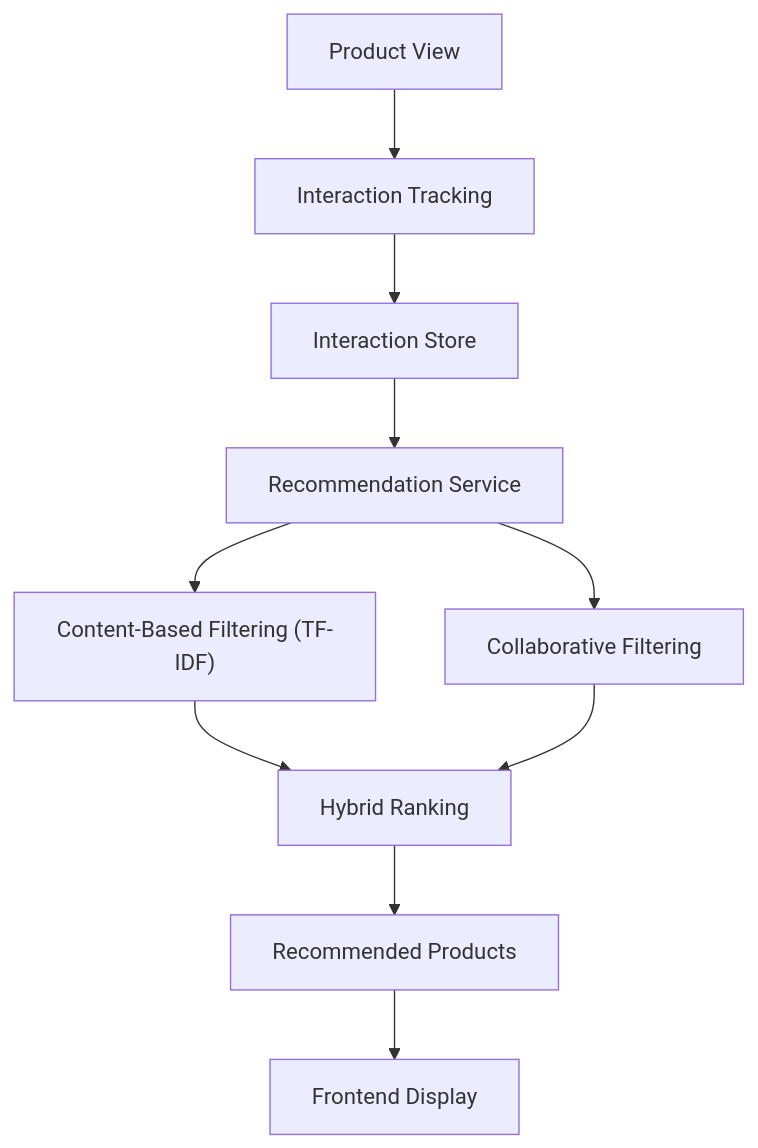
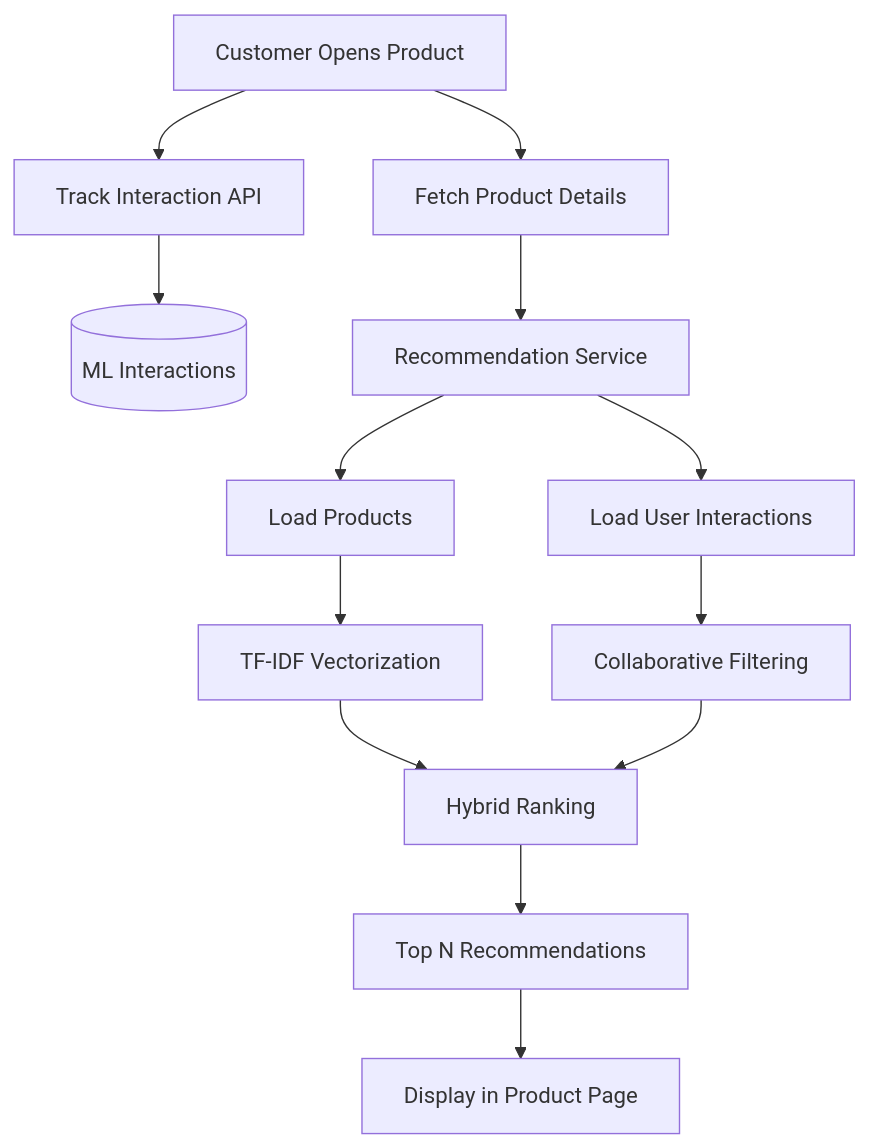
Before and after one commit to dishi575/shaukin-garments: the fifth of 5 diagrams in docs/architecture.md, drawn with Mermaid.

````diff
--- a/docs/architecture.md
+++ b/docs/architecture.md
@@ -289,23 +289,29 @@
 ```mermaid
 flowchart TD
 
-A["Product View"]
+A["Customer Opens Product"]
 
---> B["Interaction Tracking"]
+--> B["Track Interaction API"]
 
-B --> C["Interaction Store"]
+B --> C[("ML Interactions")]
 
-C --> D["Recommendation Service"]
+A --> D["Fetch Product Details"]
 
-D --> E["Content-Based Filtering (TF-IDF)"]
+D --> E["Recommendation Service"]
 
-D --> F["Collaborative Filtering"]
+E --> F["Load Products"]
 
-E --> G["Hybrid Ranking"]
+E --> G["Load User Interactions"]
 
-F --> G
+F --> H["TF-IDF Vectorization"]
 
-G --> H["Recommended Products"]
+G --> I["Collaborative Filtering"]
 
-H --> I["Frontend Display"]
+H --> J["Hybrid Ranking"]
+
+I --> J
+
+J --> K["Top N Recommendations"]
+
+K --> L["Display in Product Page"]
 ```
````
